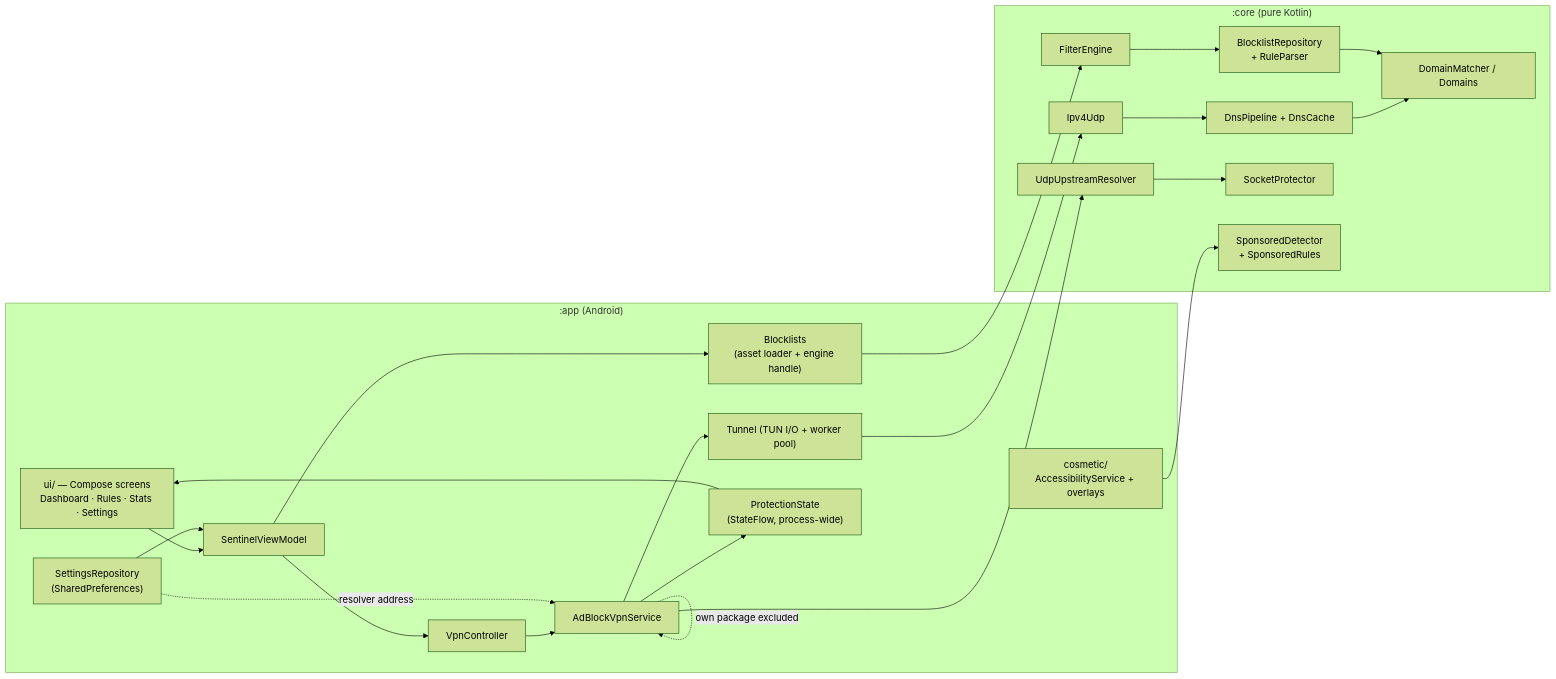
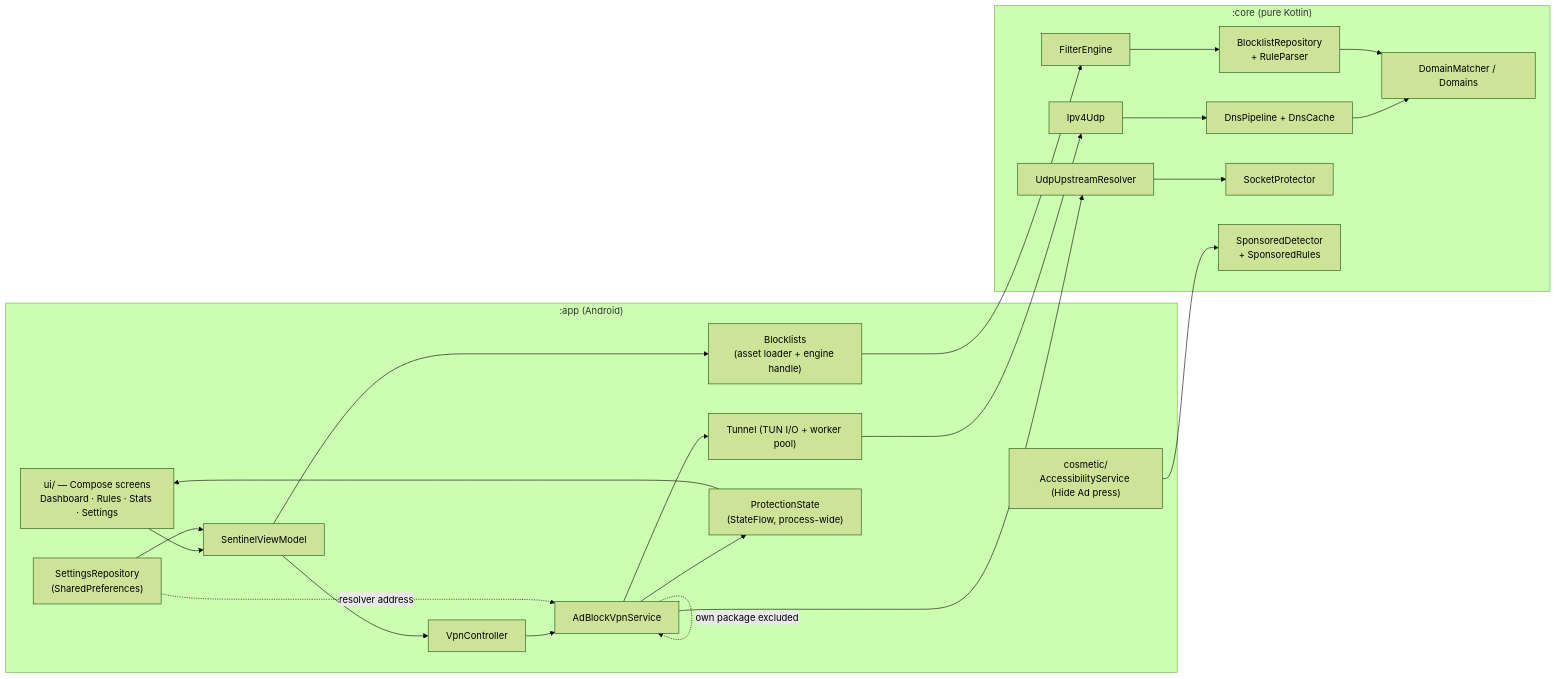
Before and after one commit to RajeshKc777/Sheldly-Ad-Blocker: the first of 3 diagrams in docs/ARCHITECTURE.md, drawn with Mermaid (forest theme). The commit also changed other lines of this file and 27 other files, not shown here.

First line of the commit message:
Facebook hider: press Hide Ad instead of covering the ad

````diff
--- a/docs/ARCHITECTURE.md
+++ b/docs/ARCHITECTURE.md
@@ -49,39 +48,39 @@
 ```mermaid
 flowchart LR
     subgraph APP[":app (Android)"]
         UI["ui/ — Compose screens<br/>Dashboard · Rules · Stats · Settings"]
         VM["SentinelViewModel"]
         CTRL["VpnController"]
         SVC["AdBlockVpnService"]
         TUN["Tunnel (TUN I/O + worker pool)"]
         BL["Blocklists<br/>(asset loader + engine handle)"]
         SET["SettingsRepository<br/>(SharedPreferences)"]
         PS["ProtectionState<br/>(StateFlow, process-wide)"]
-        COS["cosmetic/<br/>AccessibilityService + overlays"]
+        COS["cosmetic/<br/>AccessibilityService (Hide Ad press)"]
     end
 
     subgraph CORE[":core (pure Kotlin)"]
         ENGINE["FilterEngine"]
         REPO["BlocklistRepository<br/>+ RuleParser"]
         MATCH["DomainMatcher / Domains"]
         PIPE["DnsPipeline + DnsCache"]
         RES["UdpUpstreamResolver"]
         UDP["Ipv4Udp"]
         PROT["SocketProtector"]
         DET["SponsoredDetector<br/>+ SponsoredRules"]
     end
 
     UI --> VM
     VM --> CTRL --> SVC
     VM --> BL
     SET --> VM
     SVC --> TUN --> UDP --> PIPE
     SVC --> RES --> PROT
     PIPE --> MATCH
     SVC --> PS --> UI
     BL --> ENGINE
     ENGINE --> REPO --> MATCH
     COS --> DET
     SET -.resolver address.-> SVC
     SVC -.own package excluded.-> SVC
 ```
````
